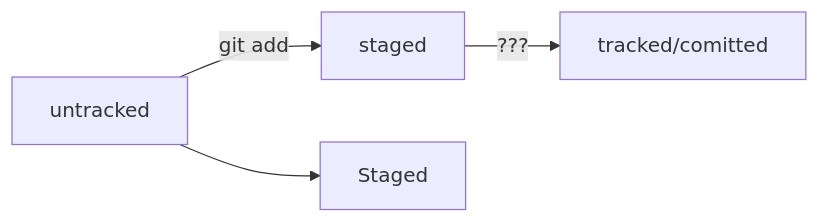
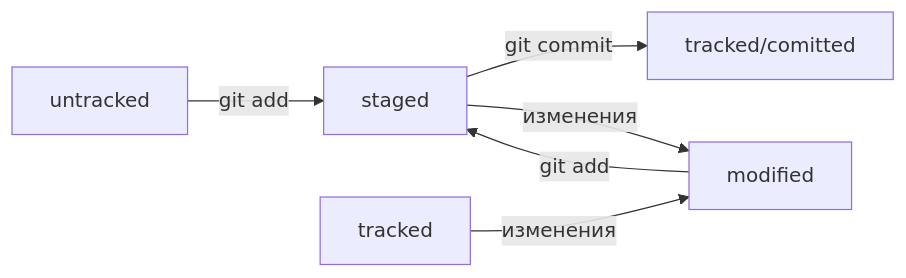
Before and after one commit to dmitry100/usseful_list: the diagram in usseful_list/README.md, drawn with Mermaid.

Commit message:
исправил схему для статусов для шпаргалки

````diff
--- a/usseful_list/README.md
+++ b/usseful_list/README.md
@@ -53,8 +53,9 @@
 ```mermaid
 graph LR;
   untracked -- "git add" --> staged;
-  staged    -- "???"     --> tracked/comitted;
+  staged    -- "git commit" --> tracked/comitted;
+  staged    -- "изменения" --> modified;
+  modified  -- "git add"   --> staged;
+  tracked   -- "изменения" --> modified
 
-%% стрелка без текста для примера: 
-  untracked  --> Staged;
 ``` 
````
